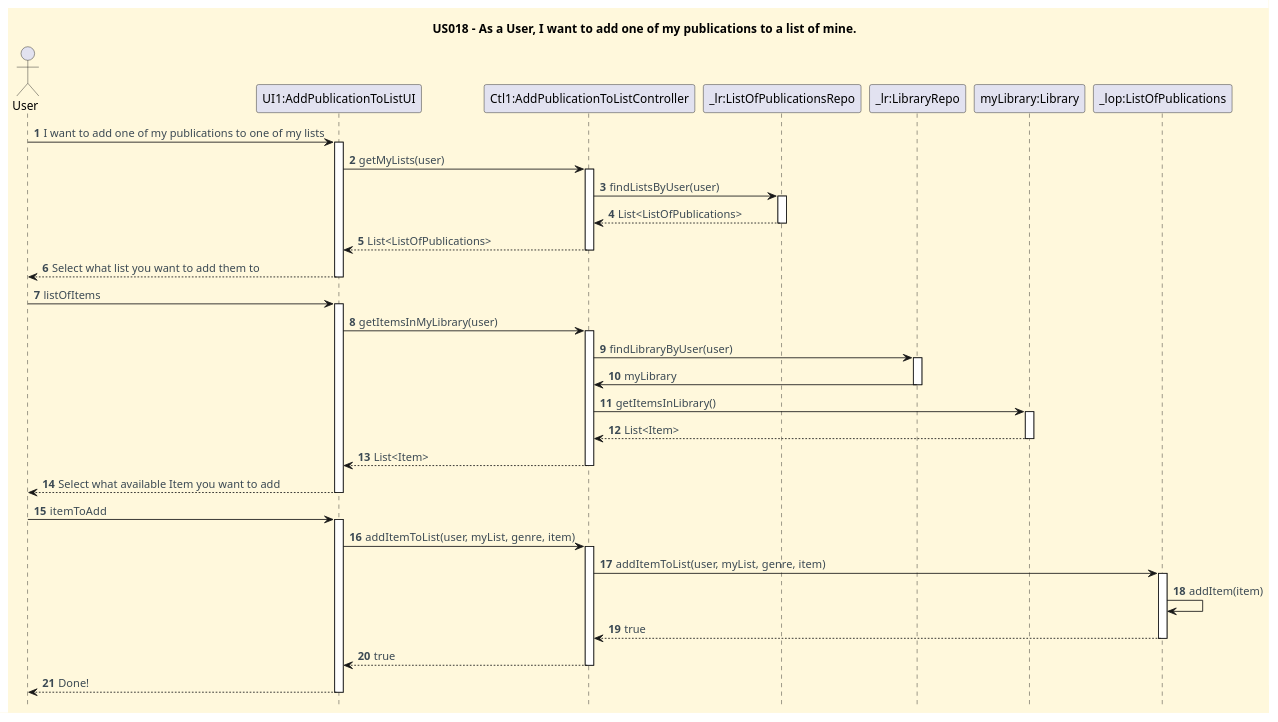
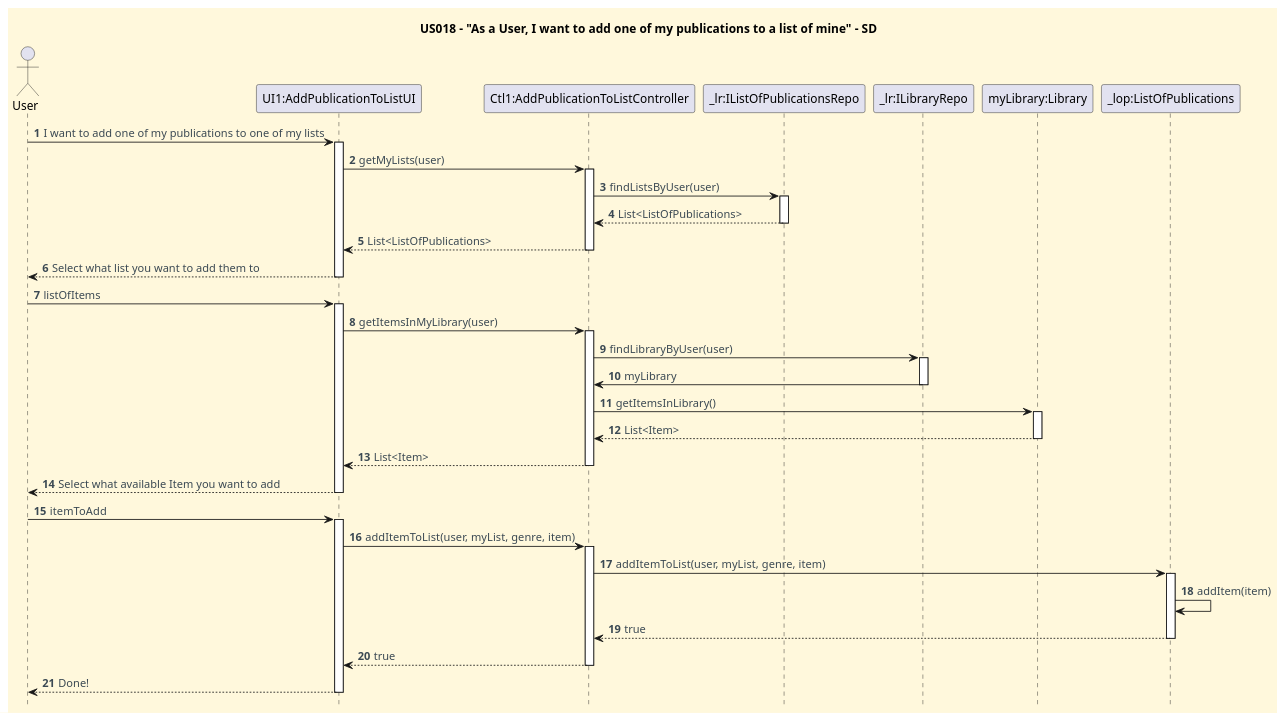
One commit to CarolinaLeite-collab/JavaMarketplacePlatform changed the diagram in docs/userStories/US018/US018_add_mypublication_to_mylist_SD.puml. Above: the diagram before and after it, drawn with PlantUML. The commit also changed 2 other files, not shown here.

Commit message:
docs(US018): update SD, SSD and CD diagrams for DDD reengineering of AddPublicationToList (#363)

```diff
--- a/docs/userStories/US018/US018_add_mypublication_to_mylist_SD.puml
+++ b/docs/userStories/US018/US018_add_mypublication_to_mylist_SD.puml
@@ -1,76 +1,76 @@
 @startuml
 'https://plantuml.com/sequence-diagram
 hide footbox
-title US018 - As a User, I want to add one of my publications to a list of mine.
+title US018 - "As a User, I want to add one of my publications to a list of mine" - SD
 
 '==== basic style ====
 skinparam monochrome false
 skinparam shadowing false
 skinparam defaultFontName Futura
 skinparam objectFontSize 20
 skinparam backgroundColor CornSilk
 skinparam objectBackgroundColor WhiteSmoke
 skinparam noteBackgroundColor #FFFFE0
 skinparam ArrowFontColor #3B4953
 skinparam ActivationBackgroundColor black
 
 autonumber
 autoactivate off
 
 actor User
 participant "UI1:AddPublicationToListUI" as UI
 participant "Ctl1:AddPublicationToListController" as Ctl
-participant "_lr:ListOfPublicationsRepo" as ListRepo
-participant "_lr:LibraryRepo" as LibraryRepo
+participant "_lr:IListOfPublicationsRepo" as ListRepo
+participant "_lr:ILibraryRepo" as LibraryRepo
 participant "myLibrary:Library" as myLibrary
 participant "_lop:ListOfPublications" as ListOfPublications
 
 
 User -> UI : I want to add one of my publications to one of my lists
 activate UI
 UI -> Ctl : getMyLists(user)
 activate Ctl
 Ctl -> ListRepo : findListsByUser(user)
 activate ListRepo
 ListRepo --> Ctl : List<ListOfPublications>
 deactivate ListRepo
 Ctl --> UI : List<ListOfPublications>
 deactivate Ctl
 UI --> User : Select what list you want to add them to
 deactivate UI
 
 User -> UI : listOfItems
 activate UI
 UI -> Ctl : getItemsInMyLibrary(user)
 activate Ctl
 Ctl -> LibraryRepo : findLibraryByUser(user)
 activate LibraryRepo
 LibraryRepo -> Ctl : myLibrary
 deactivate LibraryRepo
 Ctl -> myLibrary : getItemsInLibrary()
 activate myLibrary
 myLibrary --> Ctl : List<Item>
 deactivate myLibrary
 Ctl --> UI : List<Item>
 deactivate Ctl
 UI --> User : Select what available Item you want to add
 deactivate UI
 
 User -> UI: itemToAdd
 activate UI
 UI -> Ctl : addItemToList(user, myList, genre, item)
 activate Ctl
 Ctl  -> ListOfPublications : addItemToList(user, myList, genre, item)
 activate ListOfPublications
 ListOfPublications -> ListOfPublications : addItem(item)
 ListOfPublications --> Ctl: true
 deactivate ListOfPublications
 deactivate ListRepo
 Ctl --> UI : true
 deactivate Ctl
 UI --> User : Done!
 deactivate UI
 
 
 
 @enduml
```
